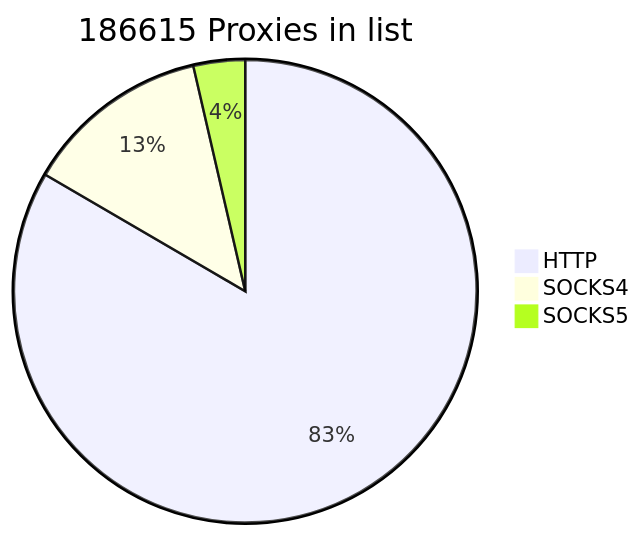
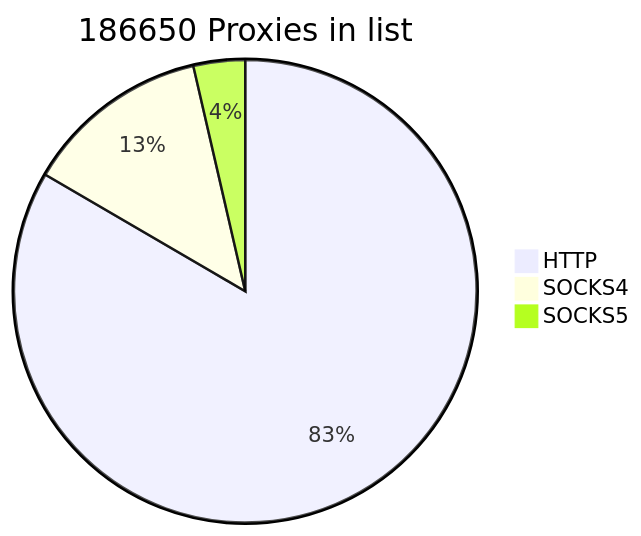
The first of 2 diagrams in README.md (cutipu/proxylist), drawn with Mermaid before and after one commit. The commit also changed other lines of this file, not shown here.

````diff
--- a/README.md
+++ b/README.md
@@ -2,7 +2,7 @@
 ```mermaid
-pie title 186615 Proxies in list
-    "HTTP" : 155642
+pie title 186650 Proxies in list
+    "HTTP" : 155677
     "SOCKS4" : 24242
     "SOCKS5" : 6731
             
 ```
````
